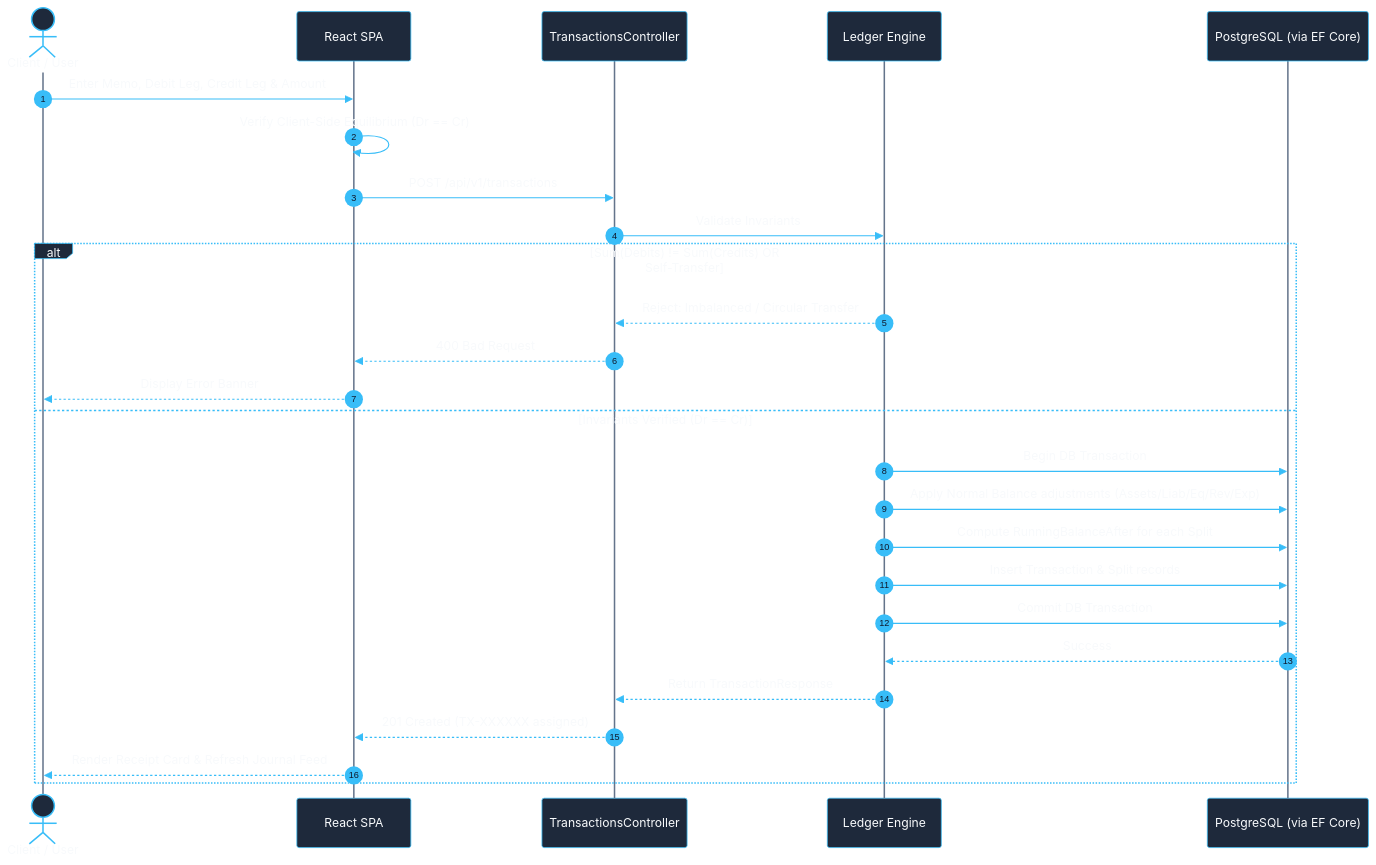
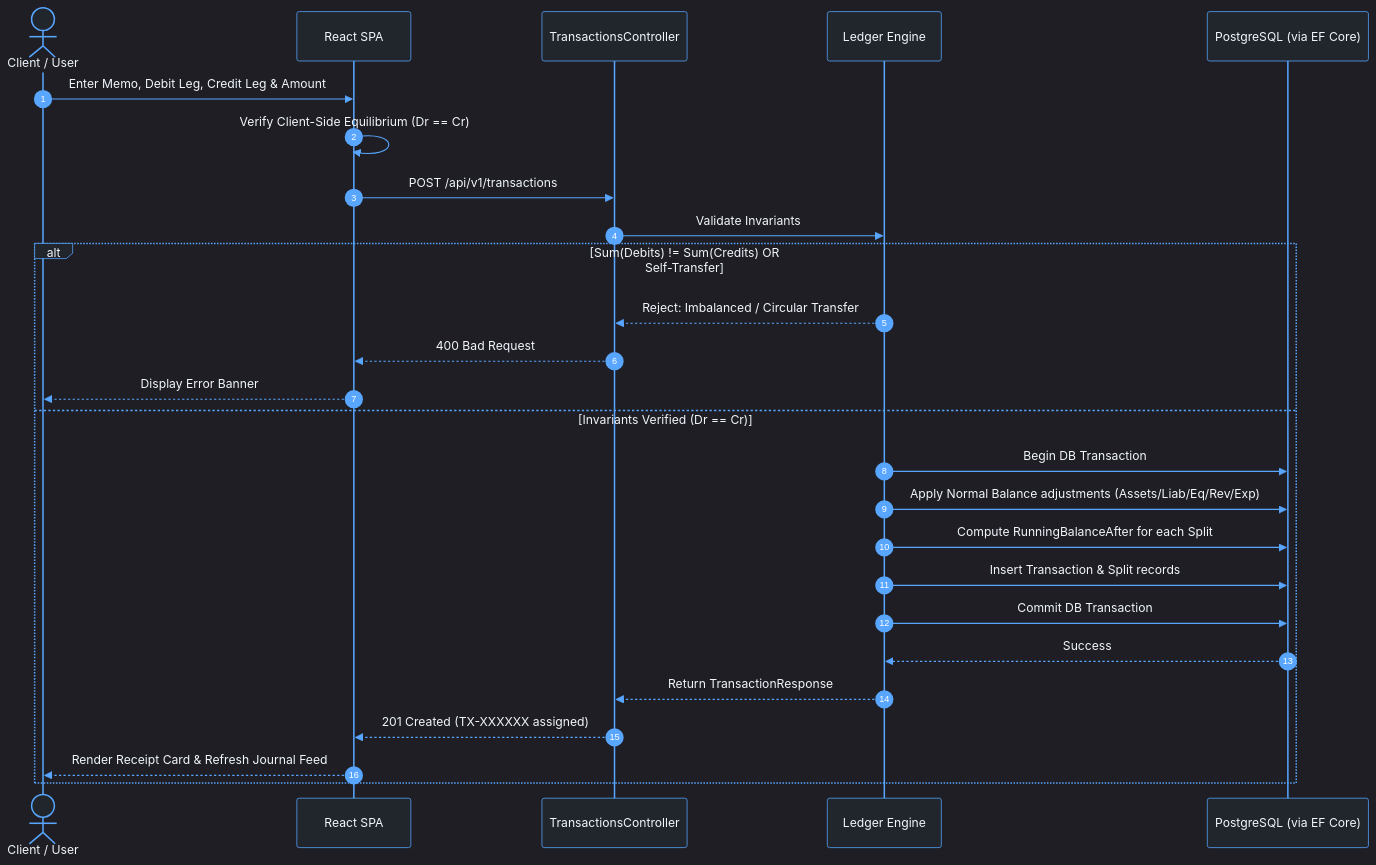
One commit to SaifullahMnsur-Again/Mini-Transaction-Ledger changed the third of 3 diagrams in README.md. Above: the diagram before and after it, drawn with Mermaid.

Commit message:
docs: enforce solid dark canvas on sequence diagram for universal contrast

````diff
--- a/README.md
+++ b/README.md
@@ -145,53 +145,56 @@
 ```mermaid
 %%{init: {
-  'theme': 'base',
+  'theme': 'dark',
   'themeVariables': {
-    'background': '#0f172a',
-    'actorBkg': '#1e293b',
-    'actorBorder': '#38bdf8',
-    'actorTextColor': '#f8fafc',
-    'actorLineColor': '#64748b',
-    'signalColor': '#38bdf8',
-    'signalTextColor': '#f8fafc',
-    'labelBoxBkgColor': '#1e293b',
-    'labelBoxBorderColor': '#38bdf8',
-    'labelTextColor': '#f8fafc',
-    'loopTextColor': '#f8fafc',
-    'noteBorderColor': '#475569',
-    'noteBkgColor': '#1e293b',
-    'noteTextColor': '#f8fafc',
-    'activationBorderColor': '#38bdf8',
-    'activationBkgColor': '#334155',
-    'altSectionBkgColor': '#1e293b',
-    'altSectionBorderColor': '#475569'
+    'darkMode': true,
+    'background': '#161b22',
+    'mainBkg': '#161b22',
+    'actorBkg': '#21262d',
+    'actorBorder': '#58a6ff',
+    'actorTextColor': '#f0f6fc',
+    'actorLineColor': '#58a6ff',
+    'signalColor': '#58a6ff',
+    'signalTextColor': '#f0f6fc',
+    'labelBoxBkgColor': '#21262d',
+    'labelBoxBorderColor': '#58a6ff',
+    'labelTextColor': '#f0f6fc',
+    'loopTextColor': '#f0f6fc',
+    'noteBorderColor': '#30363d',
+    'noteBkgColor': '#21262d',
+    'noteTextColor': '#f0f6fc',
+    'activationBorderColor': '#58a6ff',
+    'activationBkgColor': '#30363d',
+    'altSectionBkgColor': '#21262d',
+    'altSectionBorderColor': '#58a6ff',
+    'sequenceNumberColor': '#ffffff'
   }
 }}%%
 sequenceDiagram
     autonumber
     actor User as Client / User
     participant Front as React SPA
     participant Controller as TransactionsController
     participant Engine as Ledger Engine
     participant DB as PostgreSQL (via EF Core)
 
     User->>Front: Enter Memo, Debit Leg, Credit Leg & Amount
     Front->>Front: Verify Client-Side Equilibrium (Dr == Cr)
     Front->>Controller: POST /api/v1/transactions
     Controller->>Engine: Validate Invariants
     
     alt Sum(Debits) != Sum(Credits) OR Self-Transfer
         Engine-->>Controller: Reject: Imbalanced / Circular Transfer
         Controller-->>Front: 400 Bad Request
         Front-->>User: Display Error Banner
     else Invariants Verified (Dr == Cr)
         Engine->>DB: Begin DB Transaction
         Engine->>DB: Apply Normal Balance adjustments (Assets/Liab/Eq/Rev/Exp)
         Engine->>DB: Compute RunningBalanceAfter for each Split
         Engine->>DB: Insert Transaction & Split records
         Engine->>DB: Commit DB Transaction
         DB-->>Engine: Success
         Engine-->>Controller: Return TransactionResponse
         Controller-->>Front: 201 Created (TX-XXXXXX assigned)
         Front-->>User: Render Receipt Card & Refresh Journal Feed
     end
 ```
````
